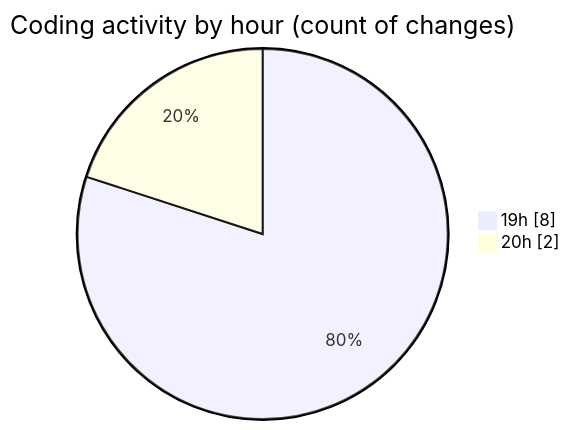
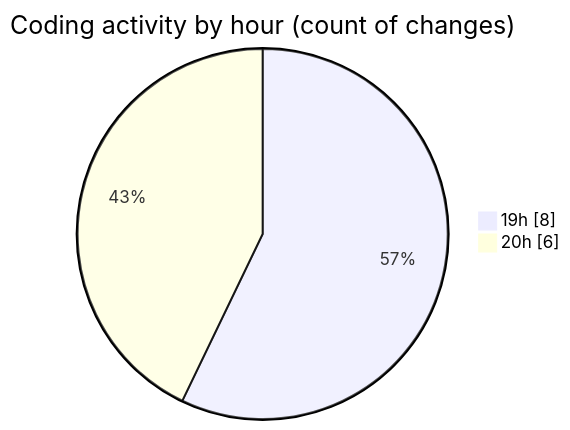
One commit to Elitesun/code-tracking changed the second of 2 diagrams in 2025-04-10/product-page/README.md. Above: the diagram before and after it, drawn with Mermaid. The commit also changed other lines of this file and 1 other file, not shown here.

````diff
--- a/2025-04-10/product-page/README.md
+++ b/2025-04-10/product-page/README.md
@@ -34,6 +37,6 @@
 ```mermaid
 pie showData
 title Coding activity by hour (count of changes)
 "19h" : 8
-"20h" : 2
+"20h" : 6
 ```
````
